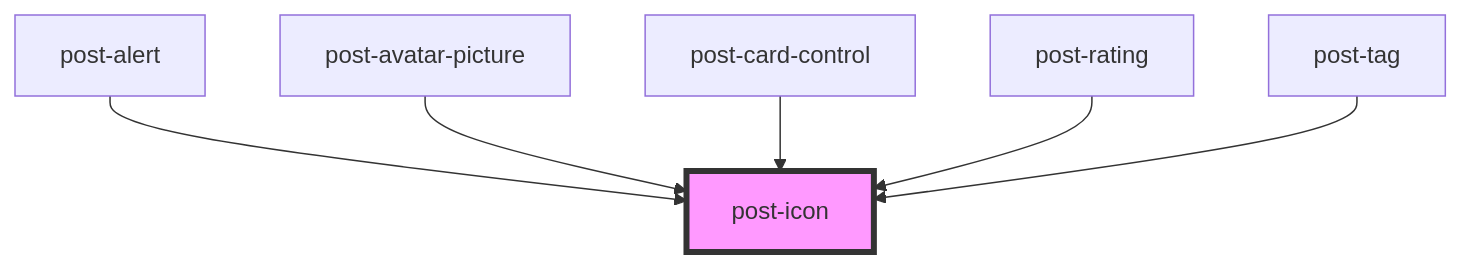
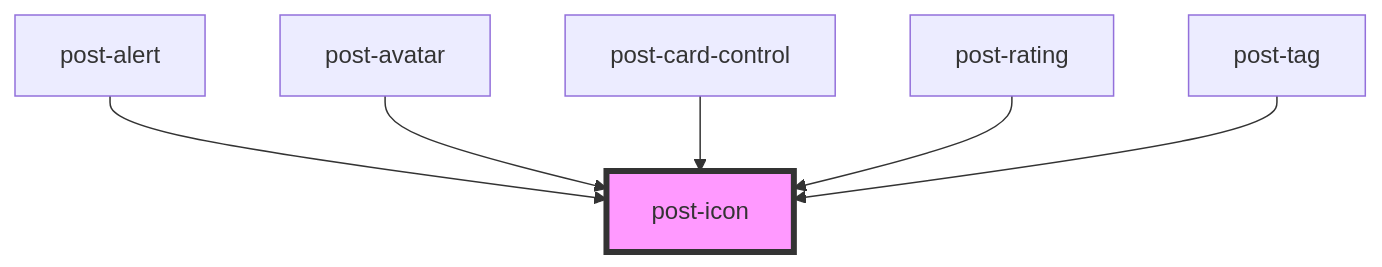
One commit to swisspost/design-system changed the diagram in packages/components/src/components/post-icon/readme.md. Above: the diagram before and after it, drawn with Mermaid. The commit also changed other lines of this file and 16 other files, not shown here.

Commit message:
rename post-avatar-picture to post-avatar

````diff
--- a/packages/components/src/components/post-icon/readme.md
+++ b/packages/components/src/components/post-icon/readme.md
@@ -32,9 +32,9 @@
 ```mermaid
 graph TD;
   post-alert --> post-icon
-  post-avatar-picture --> post-icon
+  post-avatar --> post-icon
   post-card-control --> post-icon
   post-rating --> post-icon
   post-tag --> post-icon
   style post-icon fill:#f9f,stroke:#333,stroke-width:4px
 ```
````
